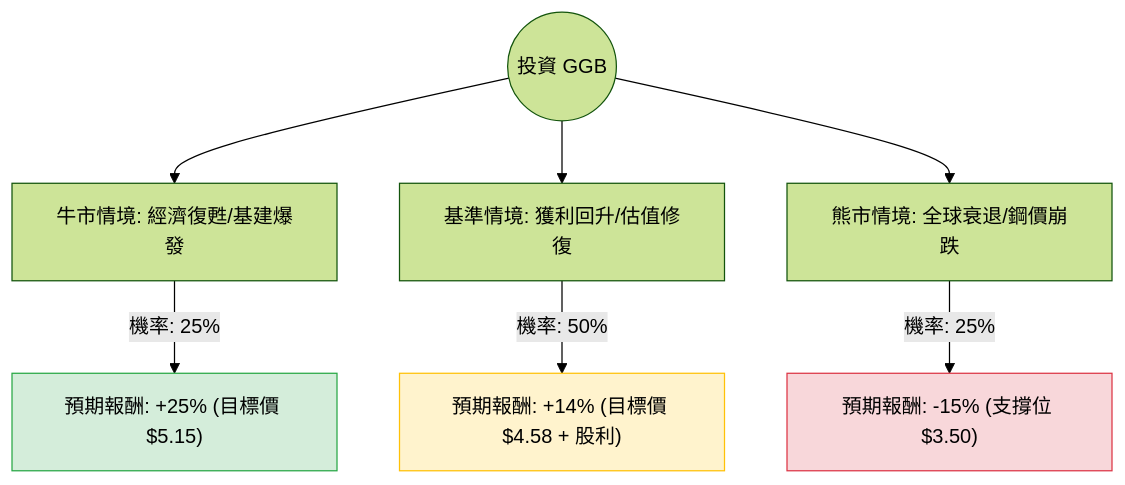
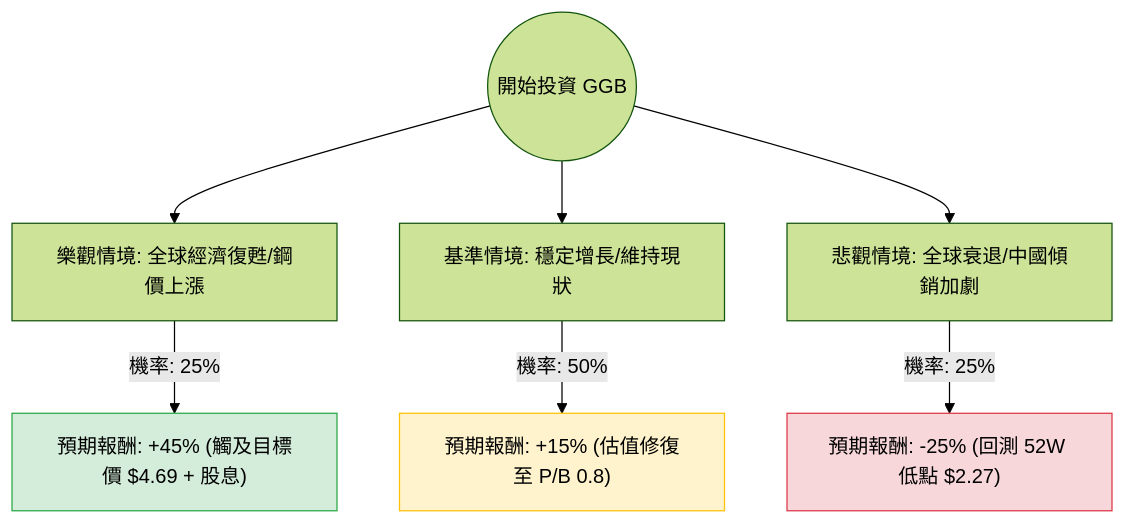
One commit to zmcx16/zmcx16.github.io changed the diagram in plugin-react/ai-analysis/ev-analysis/GGB.md. Above: the diagram before and after it, drawn with Mermaid (forest theme). The commit also changed other lines of this file and 74 other files, not shown here.

````diff
--- a/plugin-react/ai-analysis/ev-analysis/GGB.md
+++ b/plugin-react/ai-analysis/ev-analysis/GGB.md
@@ -20,14 +22,14 @@
 ```mermaid
 graph TD
-    Start((投資 GGB)) --> Bull[牛市情境: 經濟復甦/基建爆發]
-    Start --> Base[基準情境: 獲利回升/估值修復]
-    Start --> Bear[熊市情境: 全球衰退/鋼價崩跌]
+    Start((開始投資 GGB)) --> Bull[樂觀情境: 全球經濟復甦/鋼價上漲]
+    Start --> Base[基準情境: 穩定增長/維持現狀]
+    Start --> Bear[悲觀情境: 全球衰退/中國傾銷加劇]
 
-    Bull -- "機率: 25%" --> BullResult["預期報酬: +25% (目標價 $5.15)"]
-    Base -- "機率: 50%" --> BaseResult["預期報酬: +14% (目標價 $4.58 + 股利)"]
-    Bear -- "機率: 25%" --> BearResult["預期報酬: -15% (支撐位 $3.50)"]
+    Bull -- "機率: 25%" --> BullResult["預期報酬: +45% (觸及目標價 $4.69 + 股息)"]
+    Base -- "機率: 50%" --> BaseResult["預期報酬: +15% (估值修復至 P/B 0.8)"]
+    Bear -- "機率: 25%" --> BearResult["預期報酬: -25% (回測 52W 低點 $2.27)"]
 
     style BullResult fill:#d4edda,stroke:#28a745
     style BaseResult fill:#fff3cd,stroke:#ffc107
     style BearResult fill:#f8d7da,stroke:#dc3545
 ```
````
